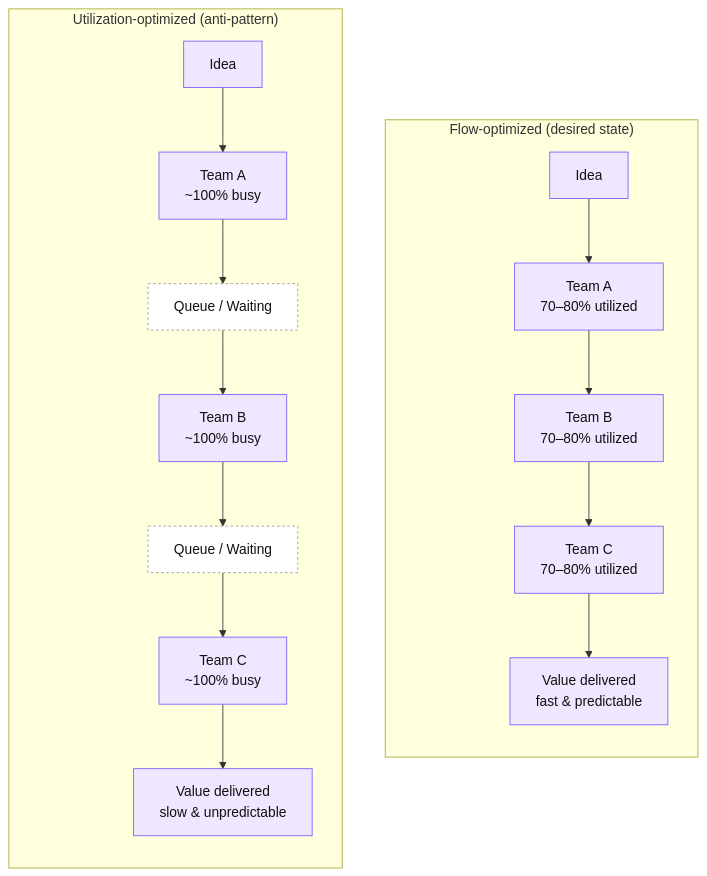
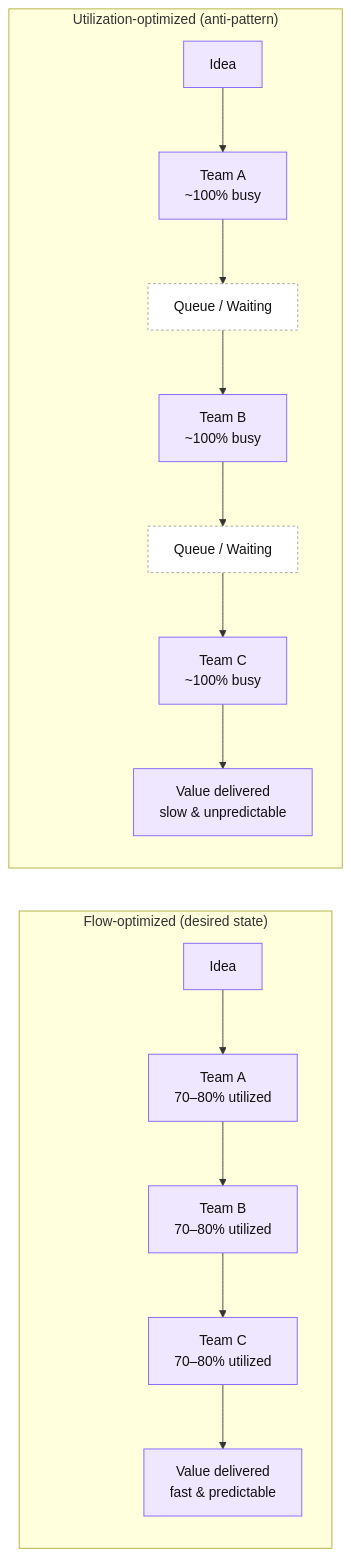
The diagram in 01-principles/optimize-for-flow-not-utilization.md (awsvkvims/engineering-productivity-metrics), drawn with Mermaid before and after one commit.

````diff
--- a/01-principles/optimize-for-flow-not-utilization.md
+++ b/01-principles/optimize-for-flow-not-utilization.md
@@ -17,33 +17,33 @@
 ```mermaid
-flowchart TB
+flowchart LR
 
 %% Make the two subgraphs sit side-by-side
 %% Each subgraph uses TB so the steps inside flow top-to-bottom
 
 classDef box fill:#efe6ff,stroke:#7a5cff,stroke-width:1px,color:#111;
 classDef note fill:#fff,stroke:#999,stroke-dasharray:3 3,color:#111;
 classDef spacer fill:transparent,stroke:transparent,color:transparent;
 subgraph F["Flow-optimized (desired state)"]
 direction TB
 Fsp[" "]:::spacer
 
 F0[Idea]:::box --> F1[Team A<br/>70–80% utilized]:::box
 F1 --> F2[Team B<br/>70–80% utilized]:::box
 F2 --> F3[Team C<br/>70–80% utilized]:::box
 F3 --> F4[Value delivered<br/>fast & predictable]:::box
 end
 
 subgraph U["Utilization-optimized (anti-pattern)"]
 direction TB
 Usp[" "]:::spacer
 
 U0[Idea]:::box --> U1[Team A<br/>~100% busy]:::box
 U1 --> Uq1[Queue / Waiting]:::note
 Uq1 --> U2[Team B<br/>~100% busy]:::box
 U2 --> Uq2[Queue / Waiting]:::note
 Uq2 --> U3[Team C<br/>~100% busy]:::box
 U3 --> U4[Value delivered<br/>slow & unpredictable]:::box
 end
 
 
 ```  
````
